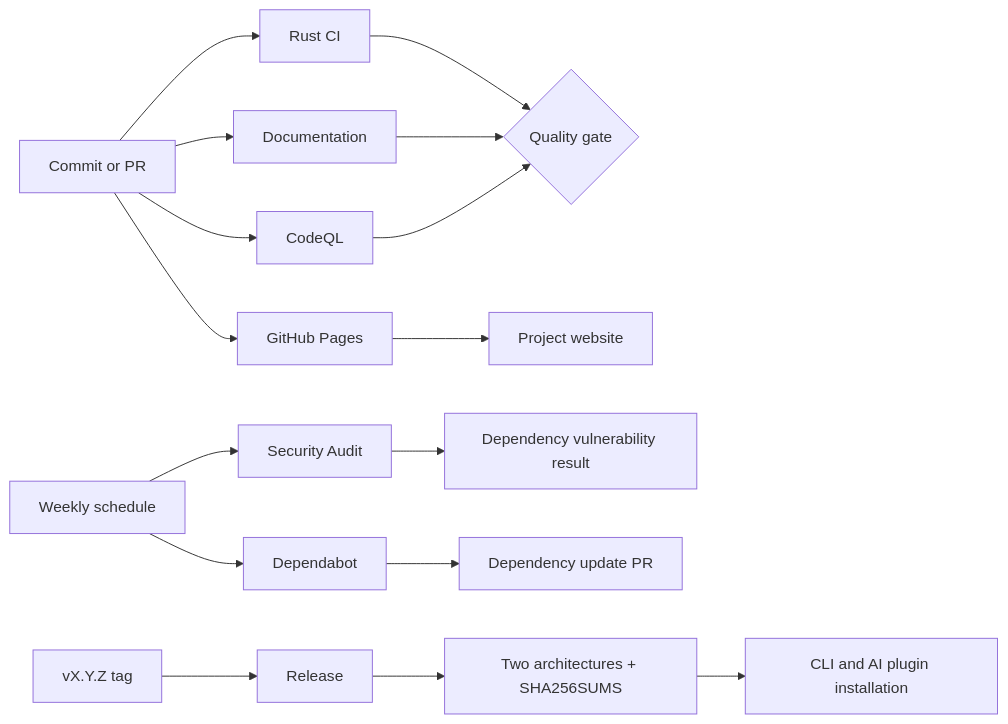
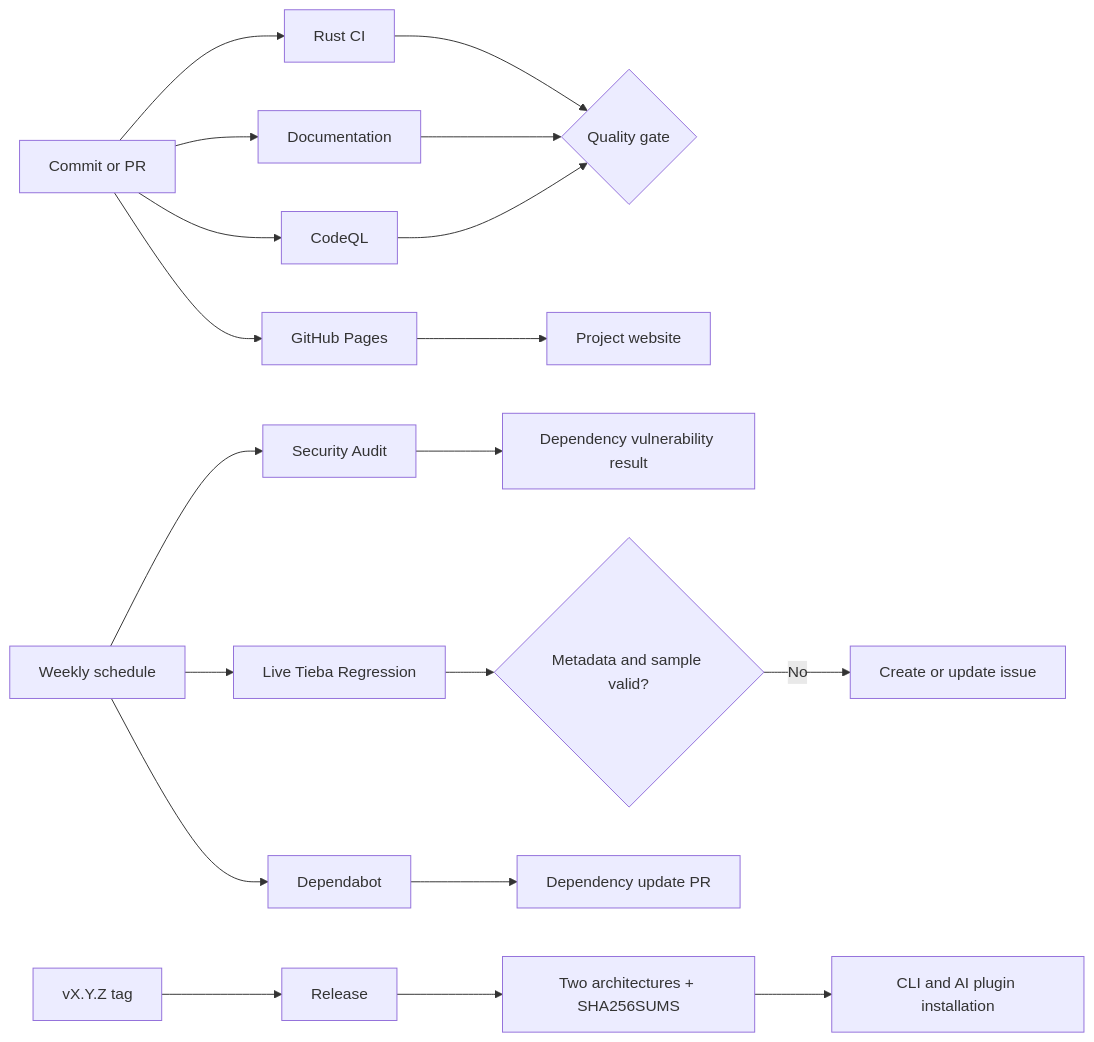
Before and after one commit to XieWeikai/tieba-image-downloader: the first of 3 diagrams in docs/workflows.en.md, drawn with Mermaid. The commit also changed other lines of this file and 29 other files, not shown here.

````diff
--- a/docs/workflows.en.md
+++ b/docs/workflows.en.md
@@ -9,18 +9,21 @@
 ```mermaid
 flowchart LR
     A[Commit or PR] --> B[Rust CI]
     A --> C[Documentation]
     A --> D[CodeQL]
     A --> P[GitHub Pages]
     S[Weekly schedule] --> E[Security Audit]
+    S --> R[Live Tieba Regression]
     S --> F[Dependabot]
     T[vX.Y.Z tag] --> G[Release]
     B --> H{Quality gate}
     C --> H
     D --> H
     E --> I[Dependency vulnerability result]
     F --> J[Dependency update PR]
     G --> K[Two architectures + SHA256SUMS]
     K --> L[CLI and AI plugin installation]
     P --> W[Project website]
+    R --> Q{Metadata and sample valid?}
+    Q -- No --> U[Create or update issue]
 ```
````
